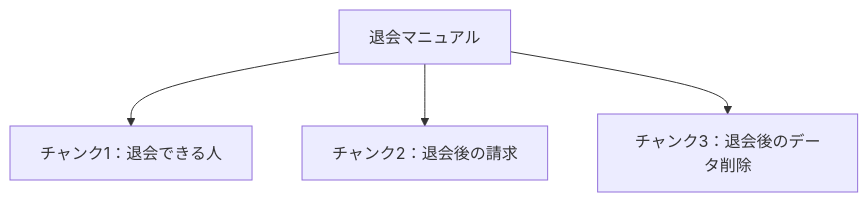
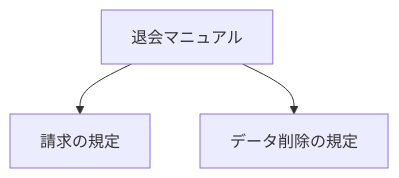
Before and after one commit to kouji0705/rag-study: the diagram in books/cd019af39edb03/03-split-by-heading.md, drawn with Mermaid. The commit also changed other lines of this file and 11 other files, not shown here.

````diff
--- a/books/cd019af39edb03/03-split-by-heading.md
+++ b/books/cd019af39edb03/03-split-by-heading.md
@@ -35,6 +24,5 @@
 ```mermaid
 flowchart TD
-    M["退会マニュアル"] --> A["チャンク1：退会できる人"]
-    M --> B["チャンク2：退会後の請求"]
-    M --> C["チャンク3：退会後のデータ削除"]
+    M["退会マニュアル"] --> B["請求の規定"]
+    M --> D["データ削除の規定"]
 ```
````
